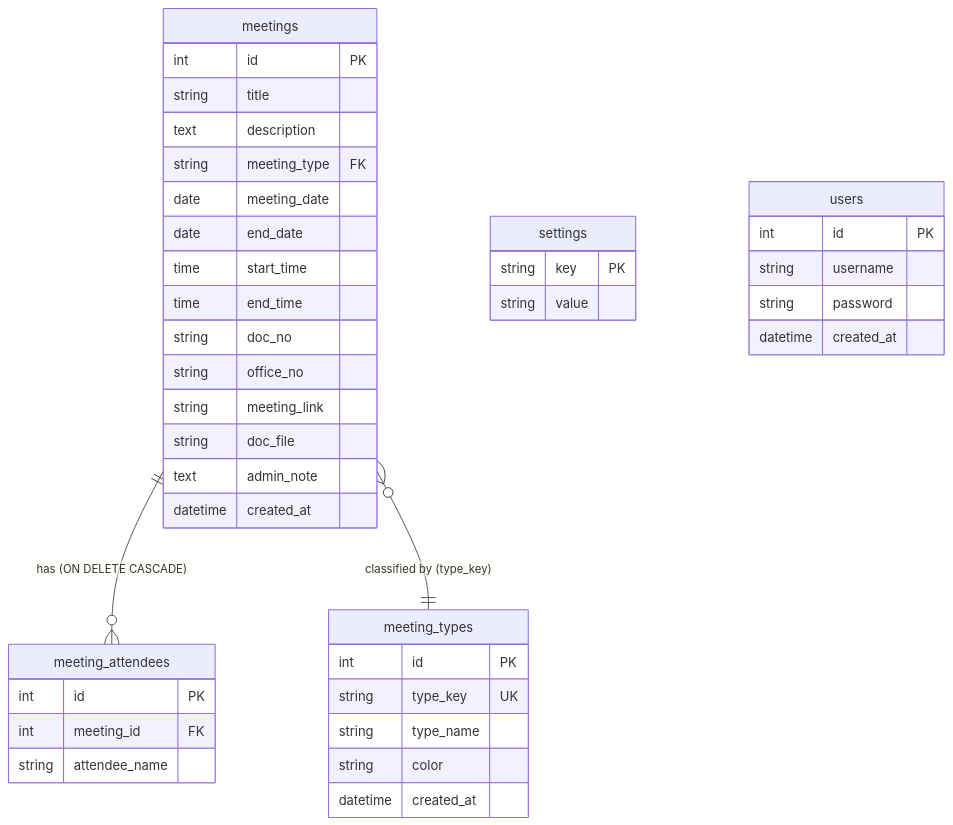
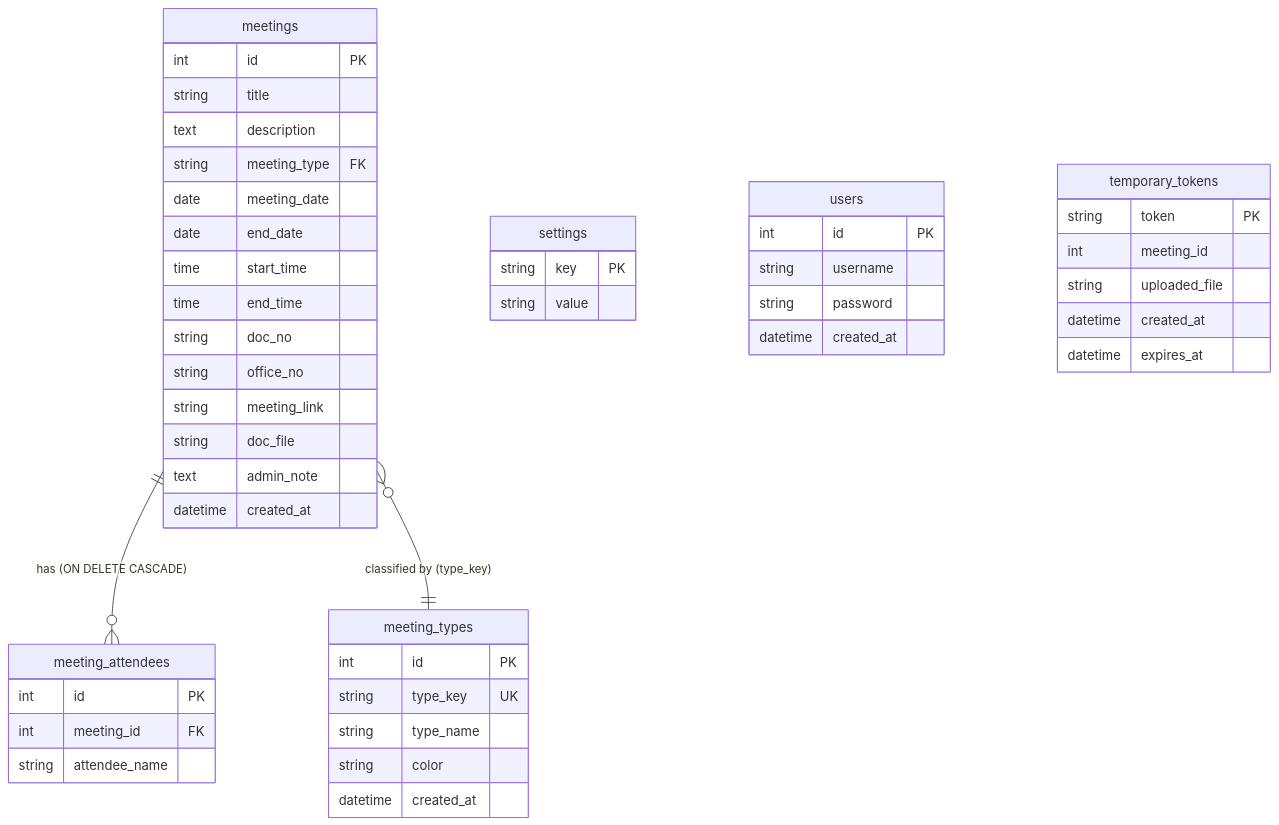
The diagram in docs/DEVELOPER.md (phumiphut-ta/MeetFlow), drawn with Mermaid before and after one commit. The commit also changed other lines of this file and 11 other files, not shown here.

Commit message:
feat: Add Mobile QR Code Upload feature with secure temporary tokens and live AJAX sync

````diff
--- a/docs/DEVELOPER.md
+++ b/docs/DEVELOPER.md
@@ -51,44 +51,51 @@
 ```mermaid
 erDiagram
     meetings {
         int id PK
         string title
         text description
         string meeting_type FK
         date meeting_date
         date end_date
         time start_time
         time end_time
         string doc_no
         string office_no
         string meeting_link
         string doc_file
         text admin_note
         datetime created_at
     }
     meeting_types {
         int id PK
         string type_key UK
         string type_name
         string color
         datetime created_at
     }
     meeting_attendees {
         int id PK
         int meeting_id FK
         string attendee_name
     }
     settings {
         string key PK
         string value
     }
     users {
         int id PK
         string username
         string password
         datetime created_at
     }
+    temporary_tokens {
+        string token PK
+        int meeting_id
+        string uploaded_file
+        datetime created_at
+        datetime expires_at
+    }
 
     meetings ||--o{ meeting_attendees : "has (ON DELETE CASCADE)"
     meetings }o--|| meeting_types : "classified by (type_key)"
 ```
````
